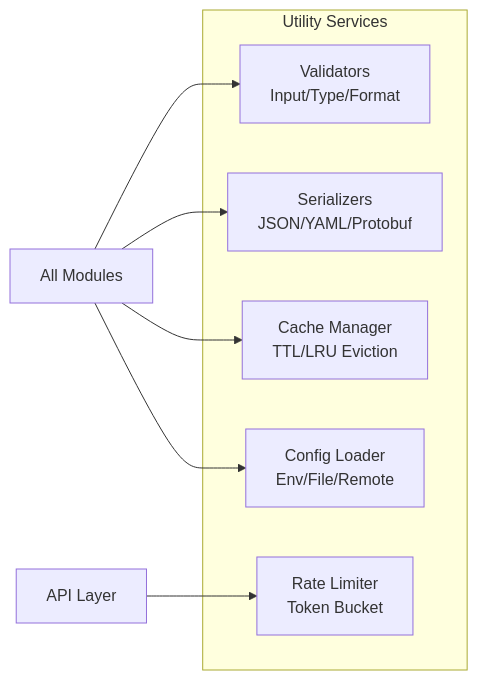
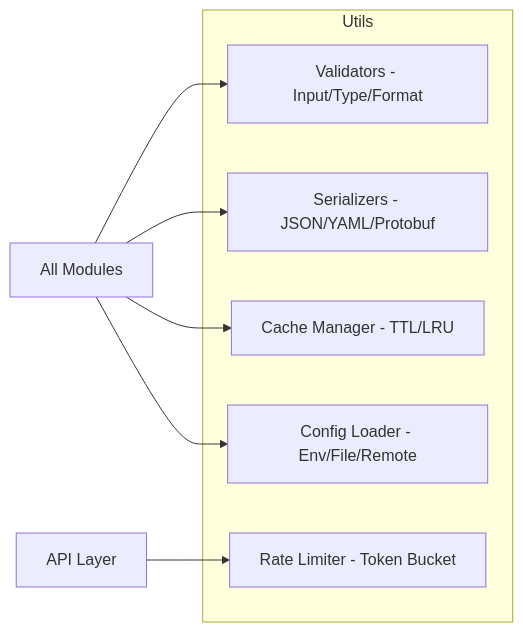
Before and after one commit to LifeJiggy/Rules-Emerging-Pattern: diagram 17 of 18 in README.md, drawn with Mermaid. The commit also changed other lines of this file, not shown here.

Commit message:
Fix Mermaid diagrams for GitHub rendering - remove theme directives, emoji, subgraph titles, and br tags

````diff
--- a/README.md
+++ b/README.md
@@ -413,15 +412,15 @@
 ```mermaid
 flowchart LR
-    subgraph Utils["Utility Services"]
-        V["Validators<br/>Input/Type/Format"]
-        S["Serializers<br/>JSON/YAML/Protobuf"]
-        CM["Cache Manager<br/>TTL/LRU Eviction"]
-        CL["Config Loader<br/>Env/File/Remote"]
-        RL["Rate Limiter<br/>Token Bucket"]
+    subgraph Utils
+        V["Validators - Input/Type/Format"]
+        S["Serializers - JSON/YAML/Protobuf"]
+        CM["Cache Manager - TTL/LRU"]
+        CL["Config Loader - Env/File/Remote"]
+        RL["Rate Limiter - Token Bucket"]
     end
     All["All Modules"] --> V
     All --> S
     All --> CM
     All --> CL
     API["API Layer"] --> RL
 ```
````
